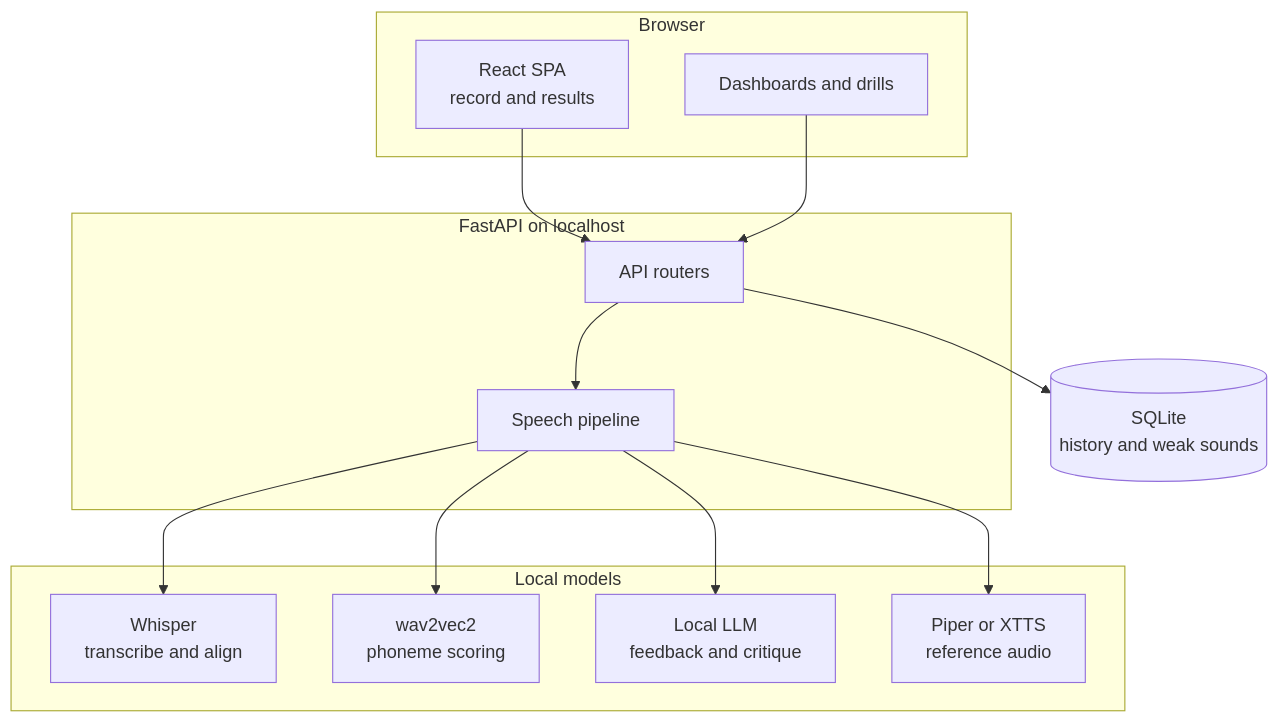
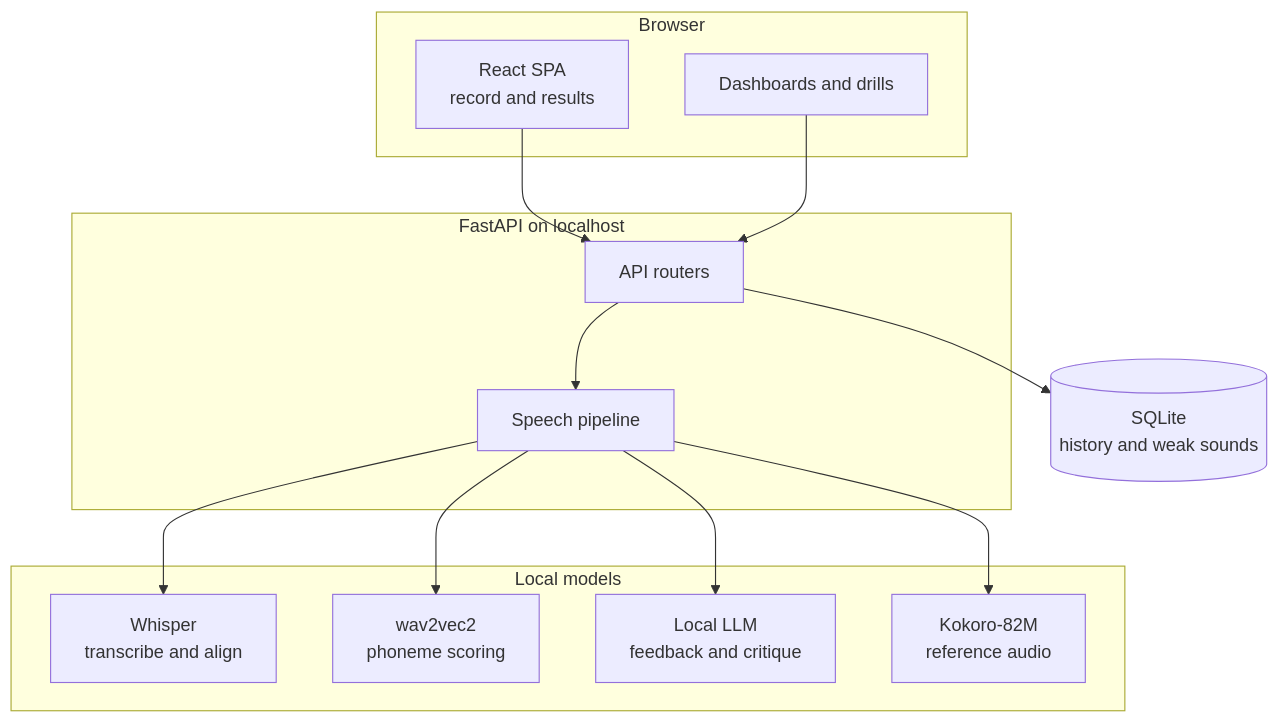
The first of 4 diagrams in .claude/DIAGRAMS.md (erclx/diction), drawn with Mermaid before and after one commit. The commit also changed 14 other files, not shown here.

First line of the commit message:
feat(tts): synthesize reference audio through Kokoro-82M (#33)

````diff
--- a/.claude/DIAGRAMS.md
+++ b/.claude/DIAGRAMS.md
@@ -9,27 +9,27 @@
 ```mermaid
 flowchart TB
     subgraph Browser["Browser"]
         UI["React SPA<br/>record and results"]
         DASH["Dashboards and drills"]
     end
     subgraph Backend["FastAPI on localhost"]
         API["API routers"]
         PIPE["Speech pipeline"]
     end
     subgraph Models["Local models"]
         WHISPER["Whisper<br/>transcribe and align"]
         W2V["wav2vec2<br/>phoneme scoring"]
         LLM["Local LLM<br/>feedback and critique"]
-        TTS["Piper or XTTS<br/>reference audio"]
+        TTS["Kokoro-82M<br/>reference audio"]
     end
     DB[("SQLite<br/>history and weak sounds")]
 
     UI --> API
     DASH --> API
     API --> PIPE
     PIPE --> WHISPER
     PIPE --> W2V
     PIPE --> LLM
     PIPE --> TTS
     API --> DB
 ```
````
